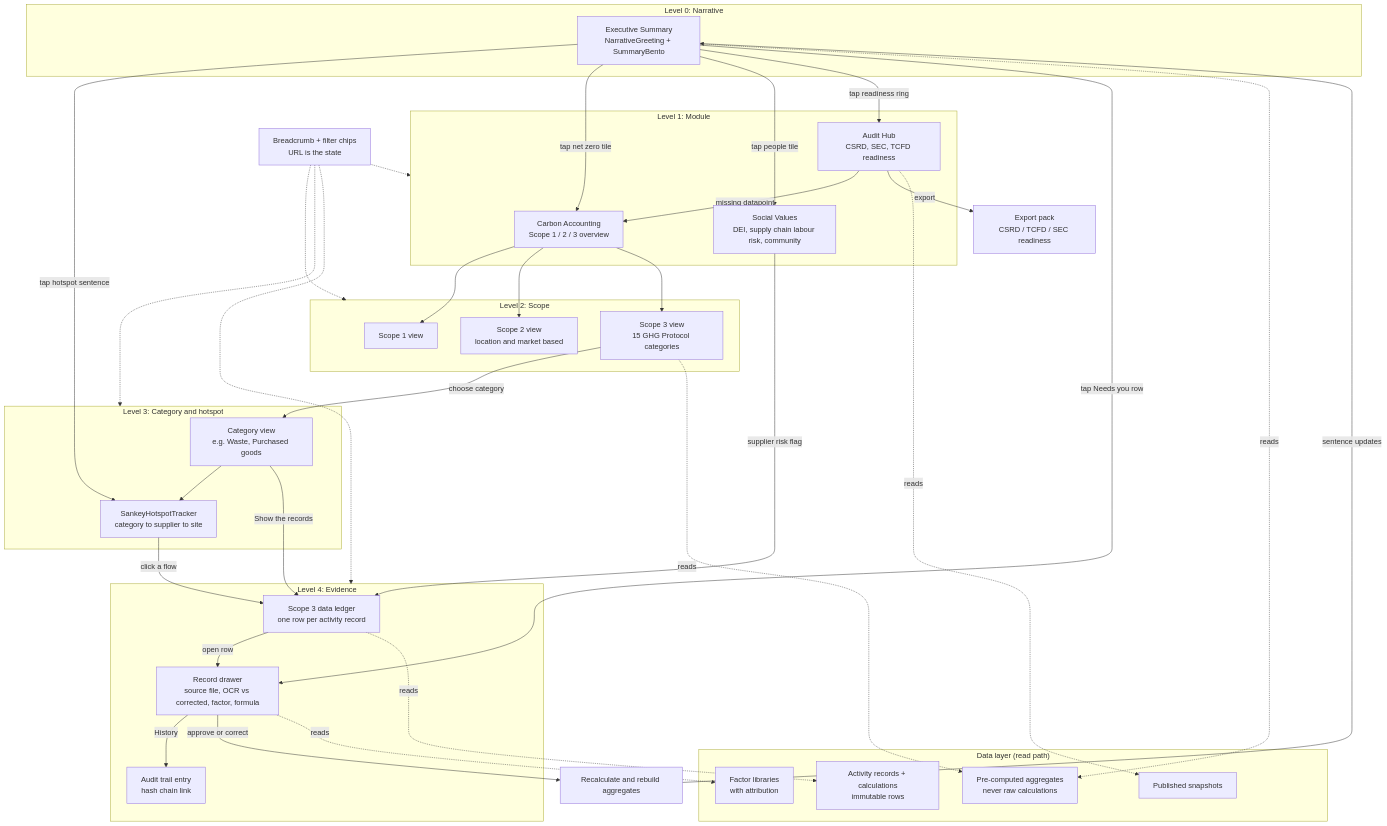
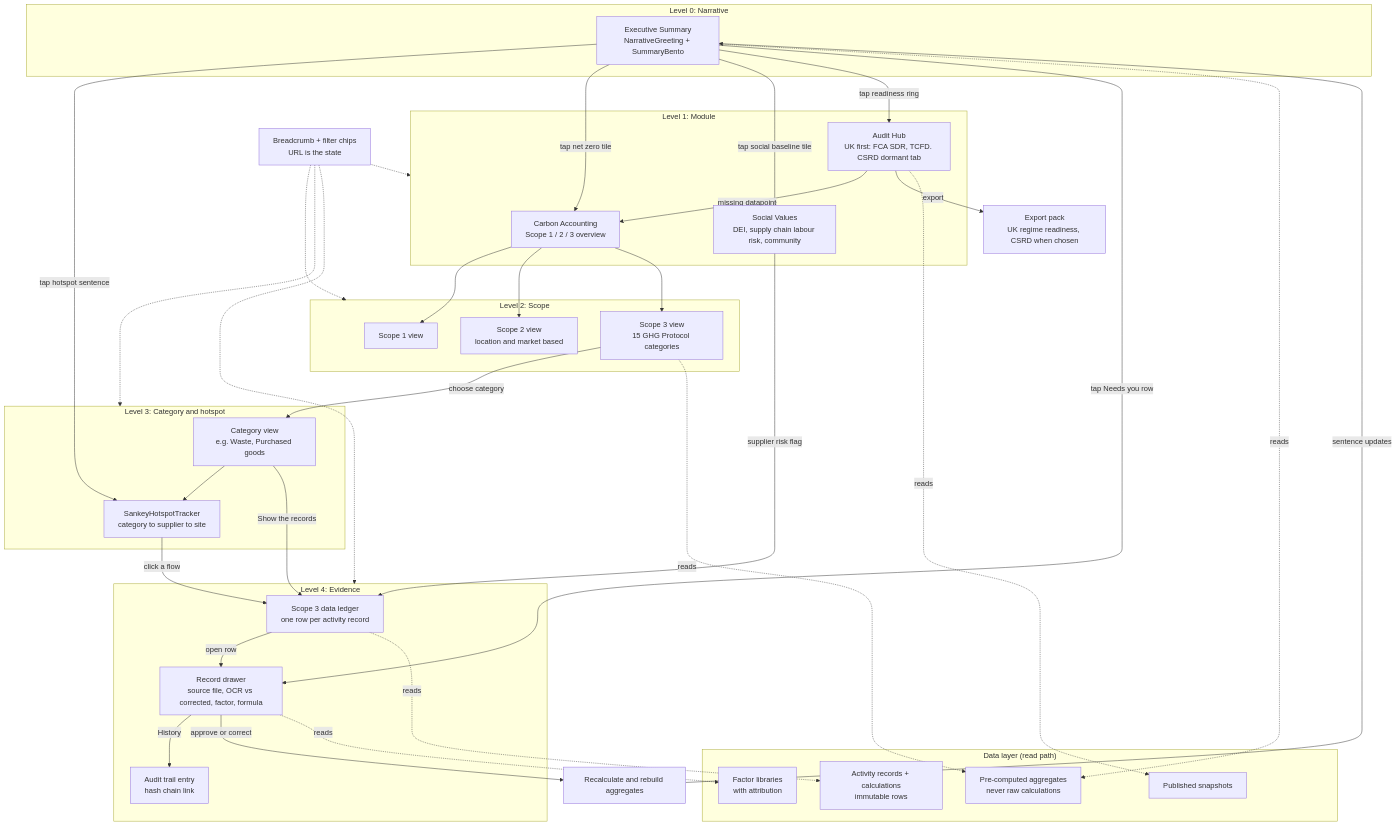
Before and after one commit to Real-Sahil/CarbonSite: the diagram in docs/design/earthy-tech/architecture.mmd, drawn with Mermaid. The commit also changed 3 other files, not shown here.

```diff
--- a/docs/design/earthy-tech/architecture.mmd
+++ b/docs/design/earthy-tech/architecture.mmd
@@ -1,68 +1,68 @@
 %% Navigation and data flow: Executive Summary down to the Scope 3 ledger.
 %% Every hop keeps its filter in the URL, so any view can be shared or saved.
 flowchart TD
   subgraph L0["Level 0: Narrative"]
     EXEC["Executive Summary<br/>NarrativeGreeting + SummaryBento"]
   end
 
   subgraph L1["Level 1: Module"]
     CARB["Carbon Accounting<br/>Scope 1 / 2 / 3 overview"]
     SOC["Social Values<br/>DEI, supply chain labour risk, community"]
-    AUD["Audit Hub<br/>CSRD, SEC, TCFD readiness"]
+    AUD["Audit Hub<br/>UK first: FCA SDR, TCFD. CSRD dormant tab"]
   end
 
   subgraph L2["Level 2: Scope"]
     S1["Scope 1 view"]
     S2["Scope 2 view<br/>location and market based"]
     S3["Scope 3 view<br/>15 GHG Protocol categories"]
   end
 
   subgraph L3["Level 3: Category and hotspot"]
     CAT["Category view<br/>e.g. Waste, Purchased goods"]
     SANKEY["SankeyHotspotTracker<br/>category to supplier to site"]
   end
 
   subgraph L4["Level 4: Evidence"]
     LEDGER["Scope 3 data ledger<br/>one row per activity record"]
     ROW["Record drawer<br/>source file, OCR vs corrected, factor, formula"]
     AUDLOG["Audit trail entry<br/>hash chain link"]
   end
 
   EXEC -->|"tap hotspot sentence"| SANKEY
   EXEC -->|"tap net zero tile"| CARB
-  EXEC -->|"tap people tile"| SOC
+  EXEC -->|"tap social baseline tile"| SOC
   EXEC -->|"tap readiness ring"| AUD
   EXEC -->|"tap Needs you row"| ROW
 
   CARB --> S1
   CARB --> S2
   CARB --> S3
   S3 -->|"choose category"| CAT
   CAT --> SANKEY
   CAT -->|"Show the records"| LEDGER
   SANKEY -->|"click a flow"| LEDGER
   LEDGER -->|"open row"| ROW
   ROW -->|"History"| AUDLOG
 
   SOC -->|"supplier risk flag"| LEDGER
   AUD -->|"missing datapoint"| CARB
-  AUD -->|"export"| PACK["Export pack<br/>CSRD / TCFD / SEC readiness"]
+  AUD -->|"export"| PACK["Export pack<br/>UK regime readiness, CSRD when chosen"]
   ROW -->|"approve or correct"| RECALC["Recalculate and rebuild aggregates"]
   RECALC -->|"sentence updates"| EXEC
 
   CRUMB["Breadcrumb + filter chips<br/>URL is the state"] -.-> L1
   CRUMB -.-> L2
   CRUMB -.-> L3
   CRUMB -.-> L4
 
   subgraph DATA["Data layer (read path)"]
     AGG["Pre-computed aggregates<br/>never raw calculations"]
     REC["Activity records + calculations<br/>immutable rows"]
     LIB["Factor libraries<br/>with attribution"]
     SNAP["Published snapshots"]
   end
   EXEC -.reads.-> AGG
   S3 -.reads.-> AGG
   LEDGER -.reads.-> REC
   ROW -.reads.-> LIB
   AUD -.reads.-> SNAP
```
